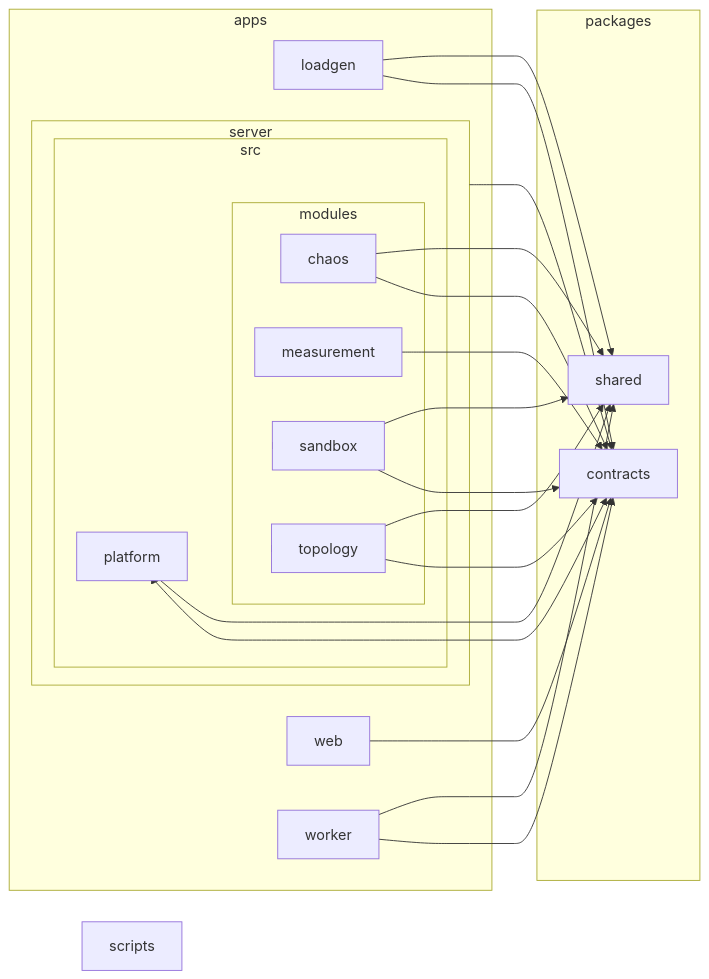
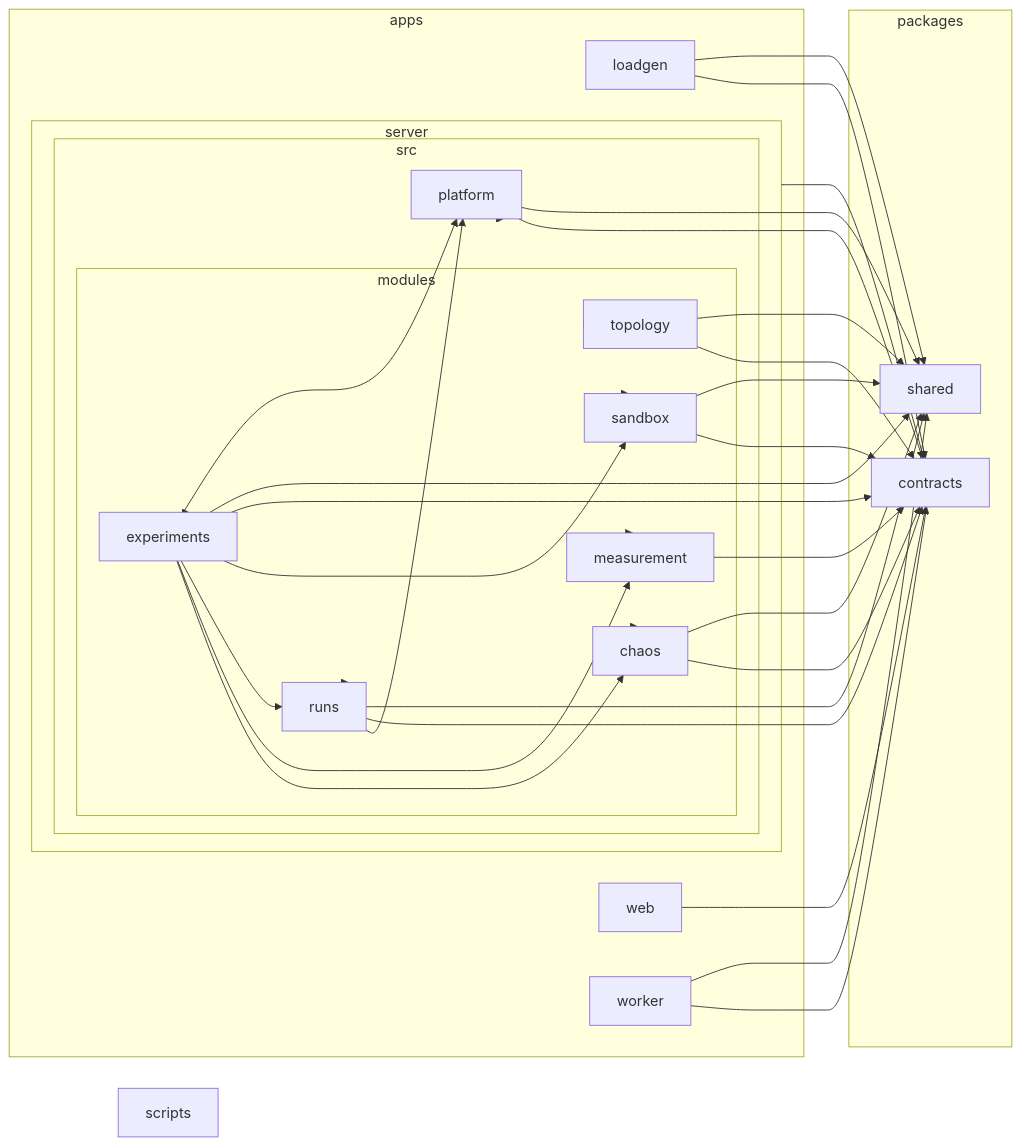
Before and after one commit to Jagdish-Padhi/EchmaMeet: the diagram in docs/architecture.md, drawn with Mermaid. The commit also changed 1 other file, not shown here.

Commit message:
docs: update decisions and architecture graph for phase 4

````diff
--- a/docs/architecture.md
+++ b/docs/architecture.md
@@ -58,43 +58,59 @@
 ```mermaid
 flowchart LR
 
 subgraph 0["apps"]
 1["loadgen"]
 subgraph 2["server"]
 subgraph 3["src"]
 subgraph 4["modules"]
 5["chaos"]
-6["measurement"]
-7["sandbox"]
-8["topology"]
+6["experiments"]
+7["measurement"]
+8["runs"]
+9["sandbox"]
+A["topology"]
 end
-9["platform"]
+B["platform"]
 end
 end
-A["web"]
-B["worker"]
+C["web"]
+D["worker"]
 end
-subgraph C["packages"]
-D["contracts"]
-E["shared"]
+subgraph E["packages"]
+F["contracts"]
+G["shared"]
 end
-F["scripts"]
-1-->D
-1-->E
+H["scripts"]
+1-->F
+1-->G
+2-->5
+2-->6
+2-->7
 2-->8
+2-->A
+2-->B
 2-->9
-2-->7
-2-->D
-5-->D
-5-->E
-6-->D
-7-->D
-7-->E
-8-->D
-8-->E
-9-->D
-9-->E
-A-->D
-B-->D
-B-->E
+2-->F
+5-->F
+5-->G
+6-->5
+6-->7
+6-->8
+6-->9
+6-->F
+6-->G
+6-->B
+7-->F
+8-->B
+8-->F
+8-->G
+9-->F
+9-->G
+A-->F
+A-->G
+B-->F
+B-->G
+C-->F
+D-->F
+D-->G
 ```
````
